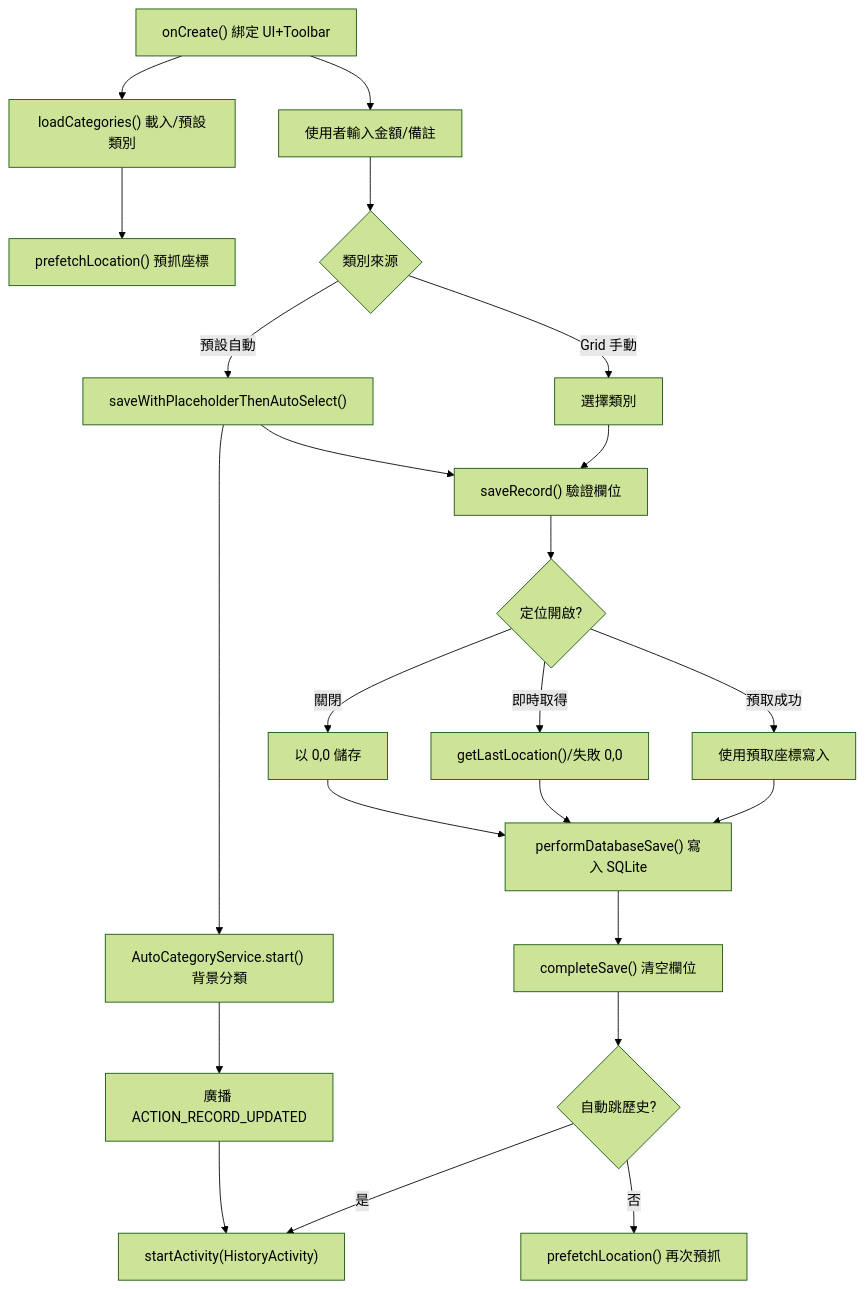
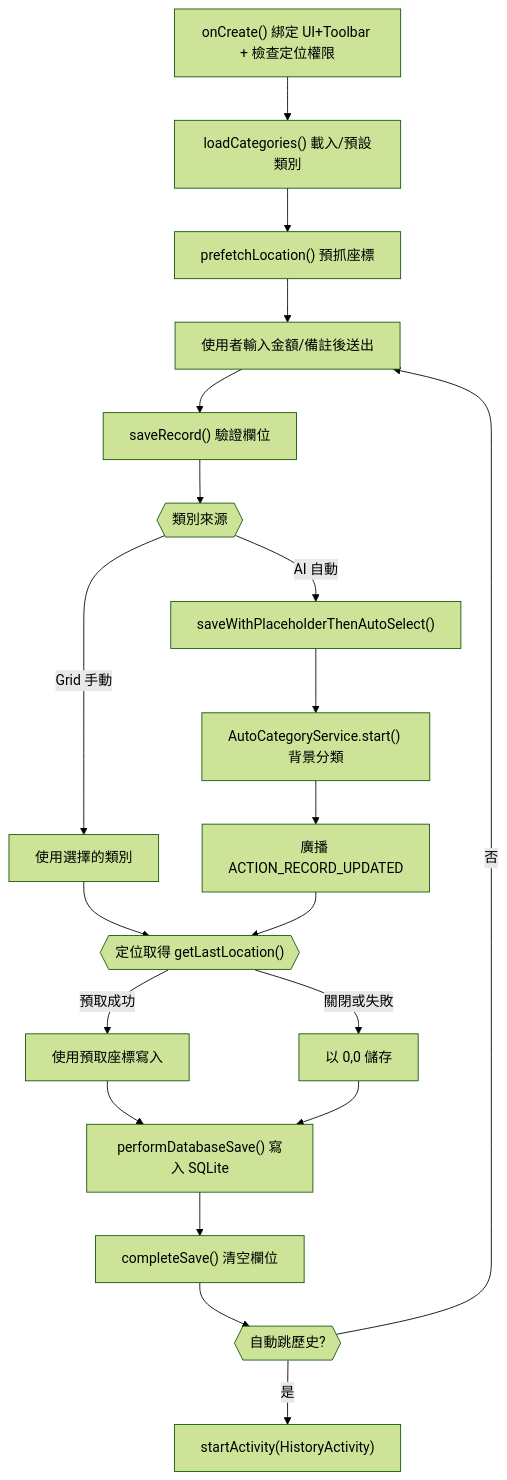
Before and after one commit to Dao-you/SimplestBookAndroid: the fifth of 26 diagrams in Grading_Criteria.md, drawn with Mermaid (forest theme). The commit also changed other lines of this file, not shown here.

````diff
--- a/Grading_Criteria.md
+++ b/Grading_Criteria.md
@@ -175,25 +175,22 @@
 ```mermaid
 flowchart TD
-    A["onCreate() 綁定 UI+Toolbar"] --> B["loadCategories() 載入/預設類別"]
+    A["onCreate() 綁定 UI+Toolbar + 檢查定位權限"] --> B["loadCategories() 載入/預設類別"]
     B --> C["prefetchLocation() 預抓座標"]
-    A --> D["使用者輸入金額/備註"]
-    D --> E{"類別來源"}
-    E -->|"Grid 手動"| F["選擇類別"]
-    E -->|"預設自動"| G["saveWithPlaceholderThenAutoSelect()" ]
-    F --> H["saveRecord() 驗證欄位"]
-    G --> H
-    H --> I{"定位開啟?"}
+    C --> D["使用者輸入金額/備註後送出"]
+    D --> H["saveRecord() 驗證欄位"]
+    H --> E{{"類別來源"}}
+    E -->|"Grid 手動"| F["使用選擇的類別"]
+    F --> I{{"定位取得 getLastLocation()"}}
+    E -->|"AI 自動"| G["saveWithPlaceholderThenAutoSelect()" ]
     I -->|"預取成功"| J["使用預取座標寫入"]
-    I -->|"即時取得"| K["getLastLocation()/失敗 0,0"]
-    I -->|"關閉"| L["以 0,0 儲存"]
+    I -->|"關閉或失敗"| L["以 0,0 儲存"]
     J --> M["performDatabaseSave() 寫入 SQLite"]
-    K --> M
     L --> M
     M --> N["completeSave() 清空欄位"]
-    N --> O{"自動跳歷史?"}
+    N --> O{{"自動跳歷史?"}}
     O -->|"是"| P["startActivity(HistoryActivity)"]
-    O -->|"否"| Q["prefetchLocation() 再次預抓"]
+    O -->|"否"| D
     G --> R["AutoCategoryService.start() 背景分類"]
-    R --> S["廣播 ACTION_RECORD_UPDATED"]
-    S --> P
+    R --> Z["廣播 ACTION_RECORD_UPDATED"]
+    Z --> I
 ```
````
